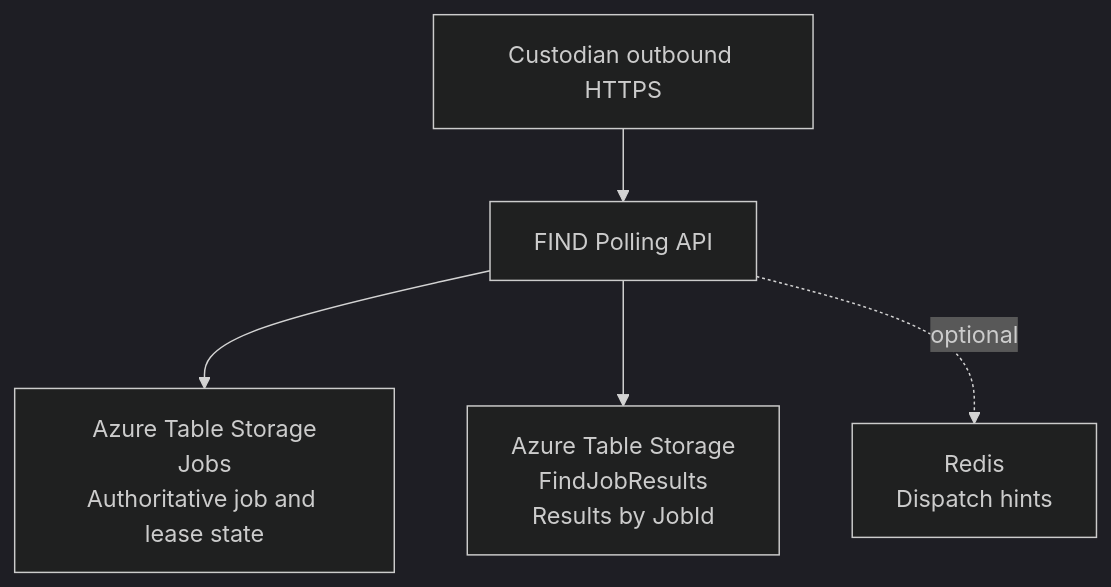
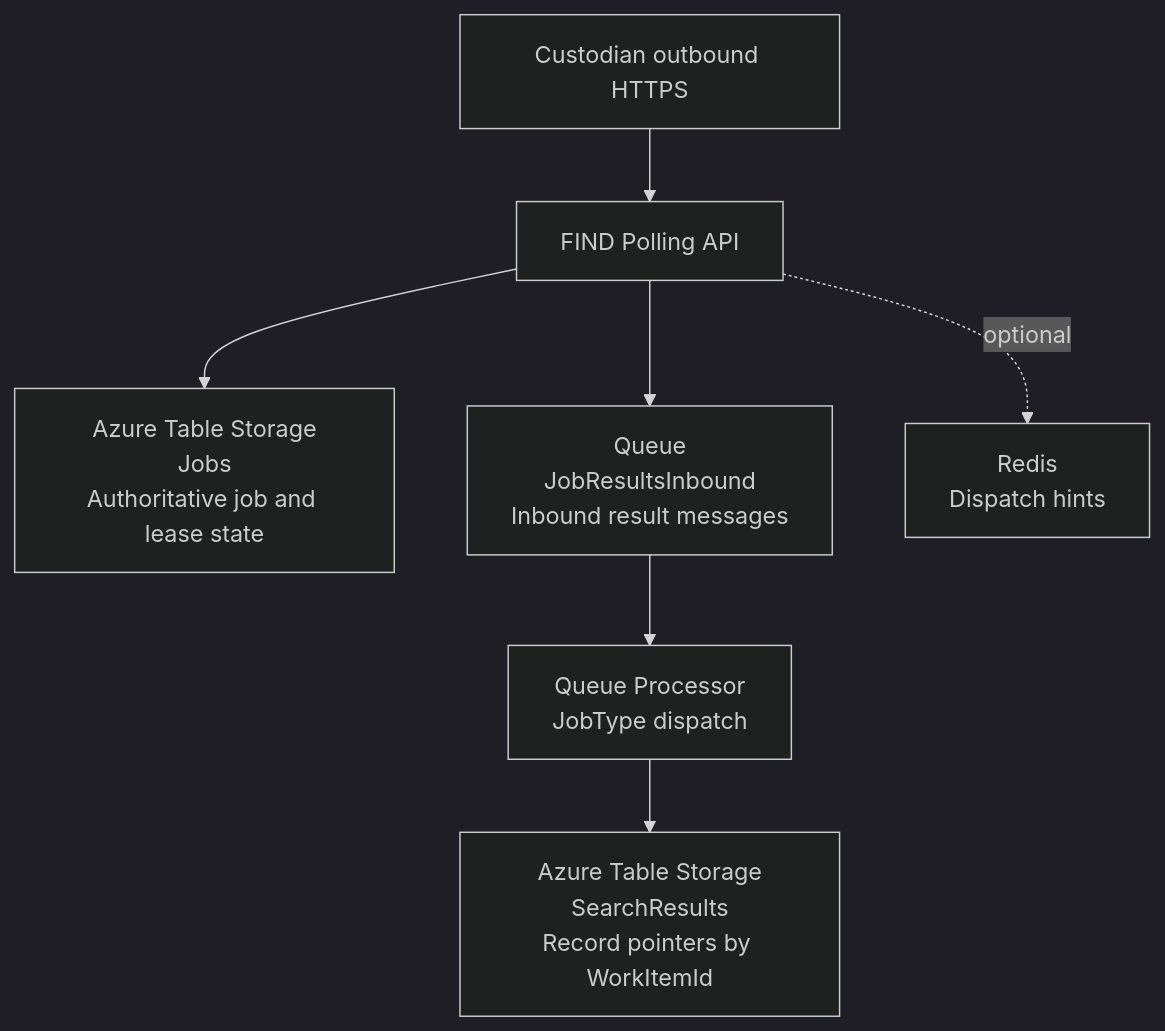
One commit to DFE-Digital/single-unique-identifier changed the diagram in Docs/Architecture decisions/Systems landscape/0019-job-broker-and-lease-state.md. Above: the diagram before and after it, drawn with Mermaid (dark theme). The commit also changed other lines of this file and 2 other files, not shown here.

````diff
--- a/Docs/Architecture decisions/Systems landscape/0019-job-broker-and-lease-state.md
+++ b/Docs/Architecture decisions/Systems landscape/0019-job-broker-and-lease-state.md
@@ -319,7 +425,9 @@
 ```mermaid
 flowchart TB
   Cust["Custodian outbound HTTPS"] --> API["FIND Polling API"]
   API --> Jobs["Azure Table Storage<br/>Jobs<br/>Authoritative job and lease state"]
-  API --> Results["Azure Table Storage<br/>FindJobResults<br/>Results by JobId"]
+  API --> Q["Queue<br/>JobResultsInbound<br/>Inbound result messages"]
+  Q --> Proc["Queue Processor<br/>JobType dispatch"]
+  Proc --> SR["Azure Table Storage<br/>SearchResults<br/>Record pointers by WorkItemId"]
   API -.->|optional| R["Redis<br/>Dispatch hints"]
 ```
````
